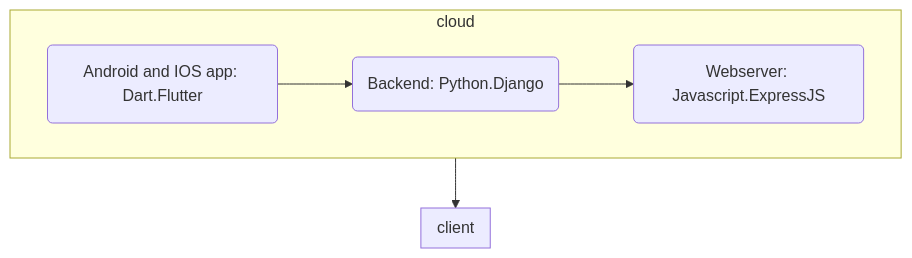
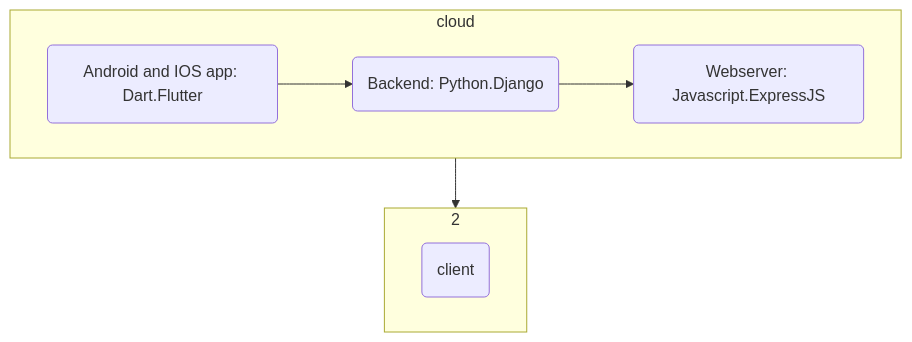
Before and after one commit to Fatihmaull/lokalii: the second of 2 diagrams in job-interview.md, drawn with Mermaid.

````diff
--- a/job-interview.md
+++ b/job-interview.md
@@ -84,14 +84,15 @@
 ```mermaid
 flowchart TD
   subgraph cloud
 
   a(Database: PostgreSQL)-->b(Backend: Python.Django)-->c(Webserver: Javascript.ExpressJS)
   end
 
-  subgraph client
-
+  subgraph 2
+  id1(client)
   a(Android and IOS app: Dart.Flutter)
   end
-  cloud-->client
+
+  cloud-->2
 
 ```
````
